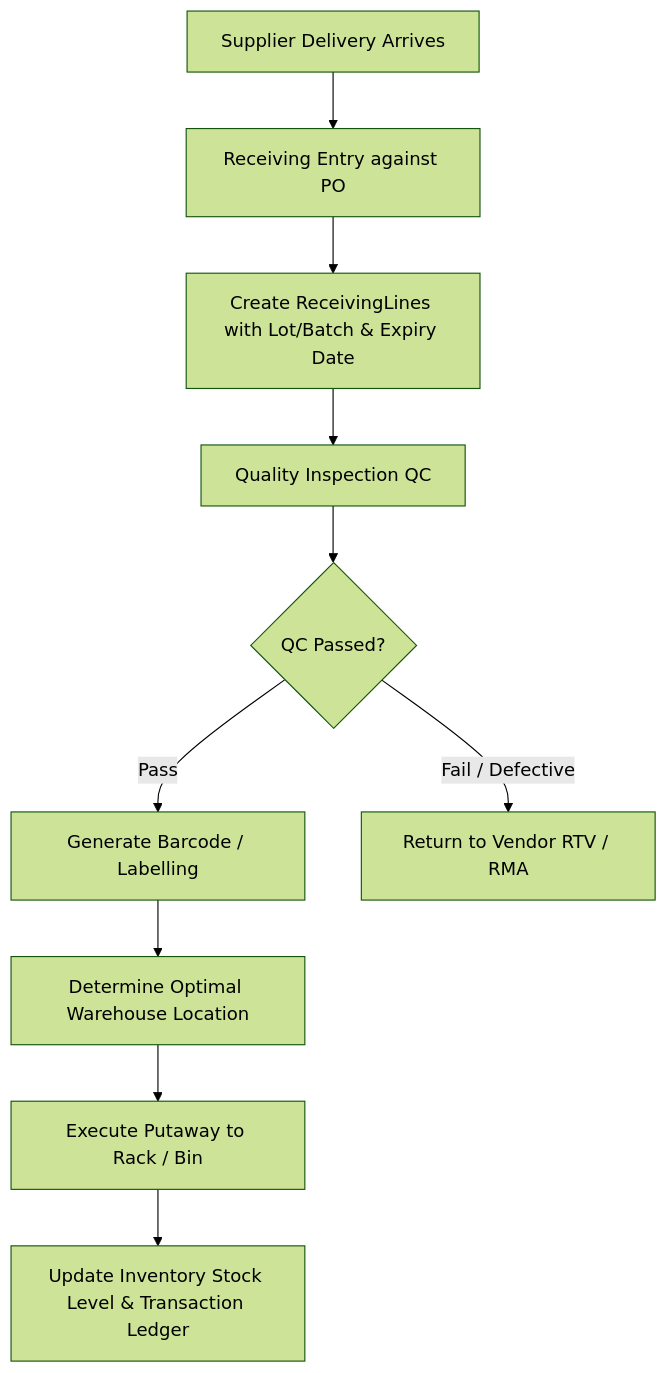
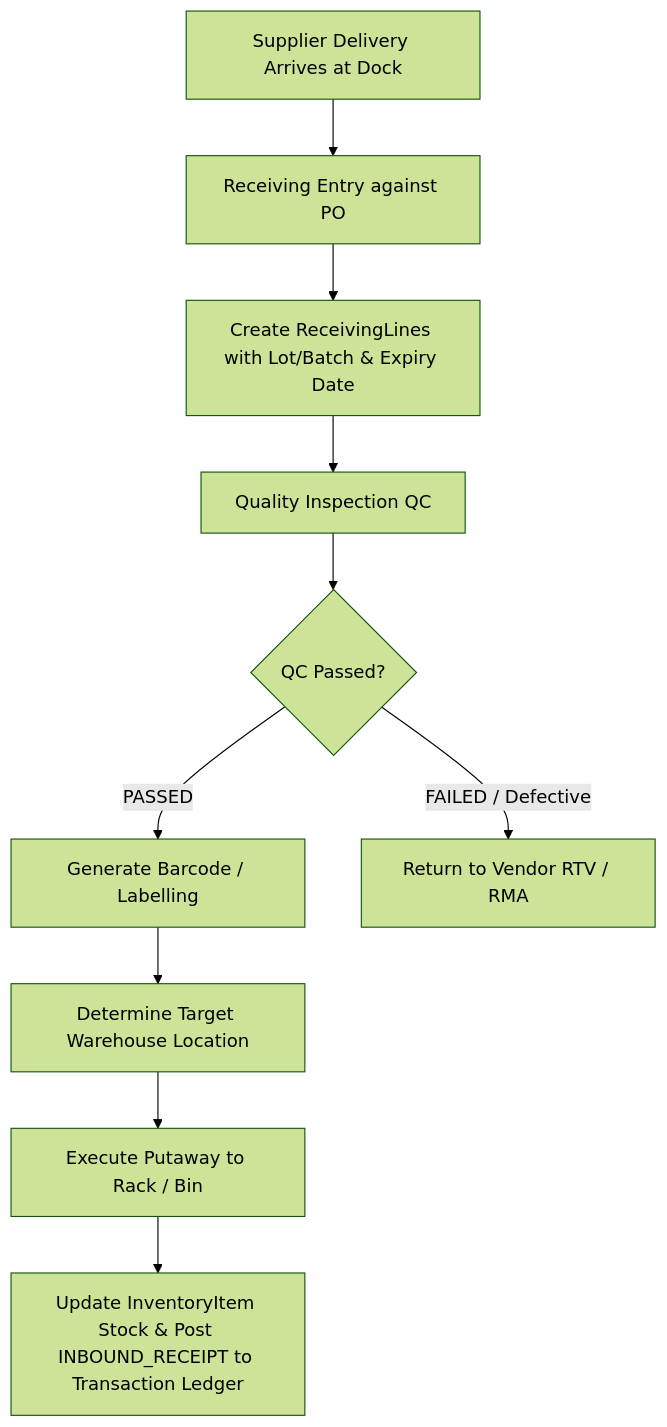
One commit to putra4648/core-erp changed the fifth of 9 diagrams in docs/BUSINESS_PROCESS.md. Above: the diagram before and after it, drawn with Mermaid (forest theme). The commit also changed other lines of this file and 26 other files, not shown here.

````diff
--- a/docs/BUSINESS_PROCESS.md
+++ b/docs/BUSINESS_PROCESS.md
@@ -222,14 +244,14 @@
 ```mermaid
 flowchart TD
-    A[Supplier Delivery Arrives] --> B[Receiving Entry against PO]
+    A[Supplier Delivery Arrives at Dock] --> B[Receiving Entry against PO]
     B --> C[Create ReceivingLines with Lot/Batch & Expiry Date]
     C --> D[Quality Inspection QC]
     
     D --> E{QC Passed?}
-    E -->|Pass| F[Generate Barcode / Labelling]
-    E -->|Fail / Defective| G[Return to Vendor RTV / RMA]
+    E -->|PASSED| F[Generate Barcode / Labelling]
+    E -->|FAILED / Defective| G[Return to Vendor RTV / RMA]
     
-    F --> H[Determine Optimal Warehouse Location]
+    F --> H[Determine Target Warehouse Location]
     H --> I[Execute Putaway to Rack / Bin]
-    I --> J[Update Inventory Stock Level & Transaction Ledger]
+    I --> J[Update InventoryItem Stock & Post INBOUND_RECEIPT to Transaction Ledger]
 ```
````
